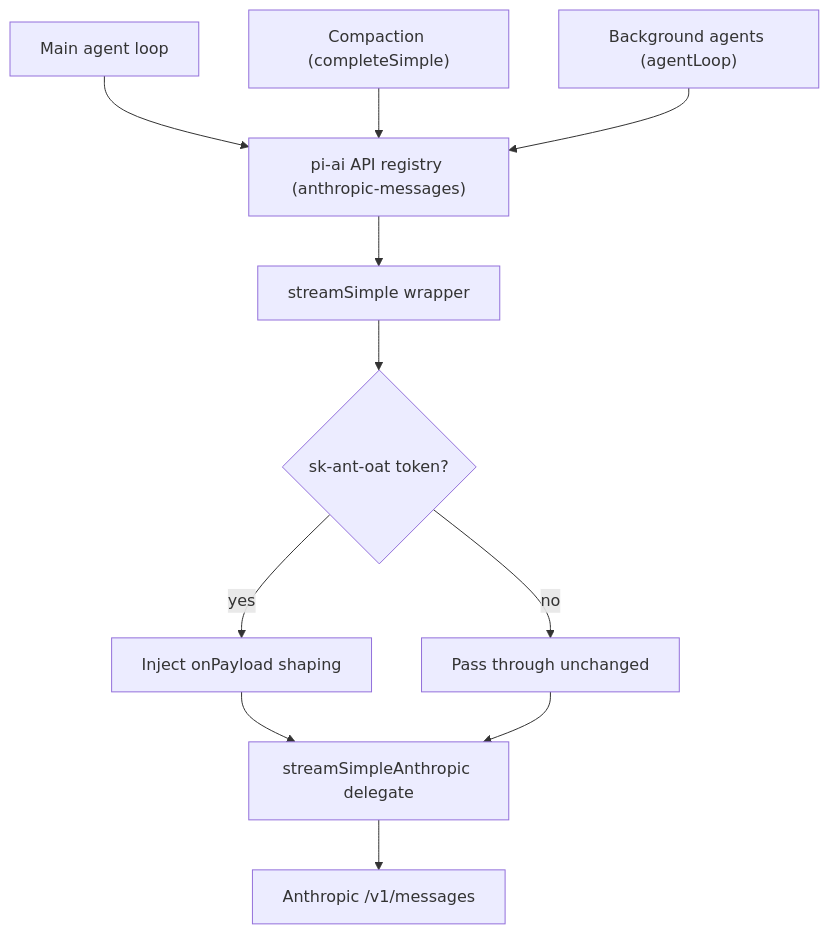
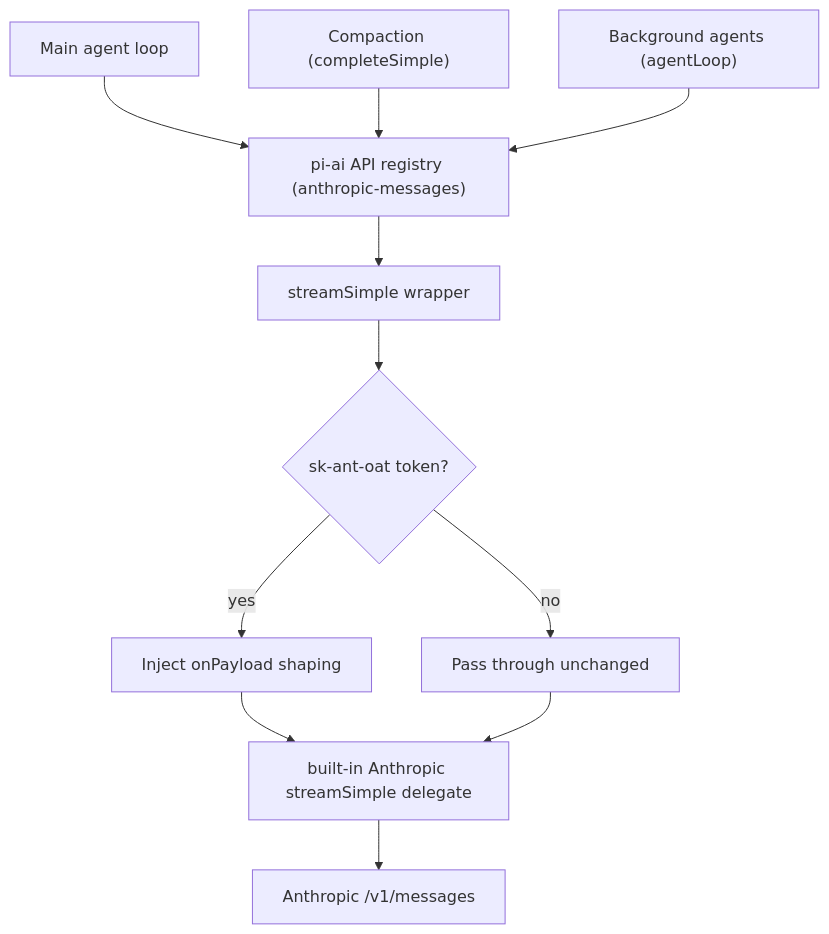
One commit to gotgenes/pi-anthropic-auth changed the diagram in docs/architecture.md. Above: the diagram before and after it, drawn with Mermaid. The commit also changed other lines of this file and 1 other file, not shown here.

````diff
--- a/docs/architecture.md
+++ b/docs/architecture.md
@@ -35,13 +35,13 @@
 ```mermaid
 flowchart TD
     A["Main agent loop"] --> R
     B["Compaction (completeSimple)"] --> R
     C["Background agents (agentLoop)"] --> R
     R["pi-ai API registry (anthropic-messages)"] --> W["streamSimple wrapper"]
     W --> D{"sk-ant-oat token?"}
     D -->|"yes"| S["Inject onPayload shaping"]
     D -->|"no"| P["Pass through unchanged"]
-    S --> G["streamSimpleAnthropic delegate"]
+    S --> G["built-in Anthropic streamSimple delegate"]
     P --> G
     G --> AN["Anthropic /v1/messages"]
 ```
````
